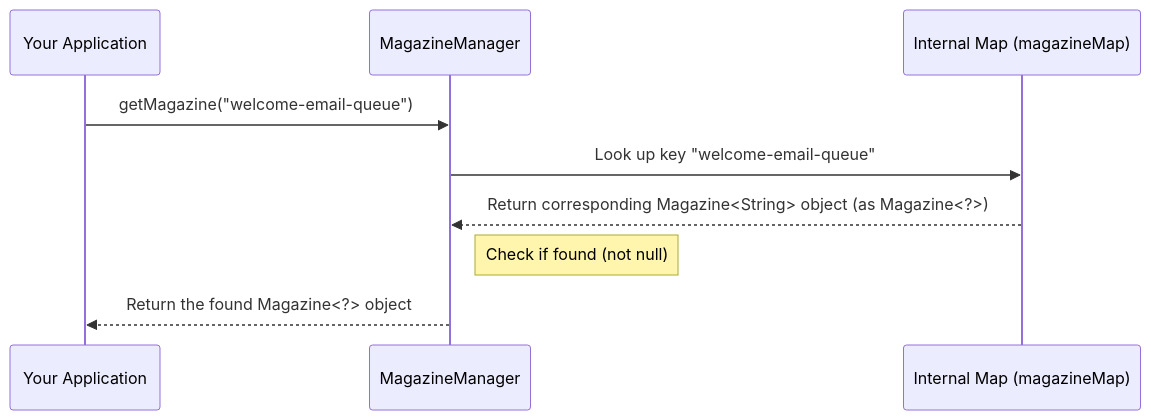
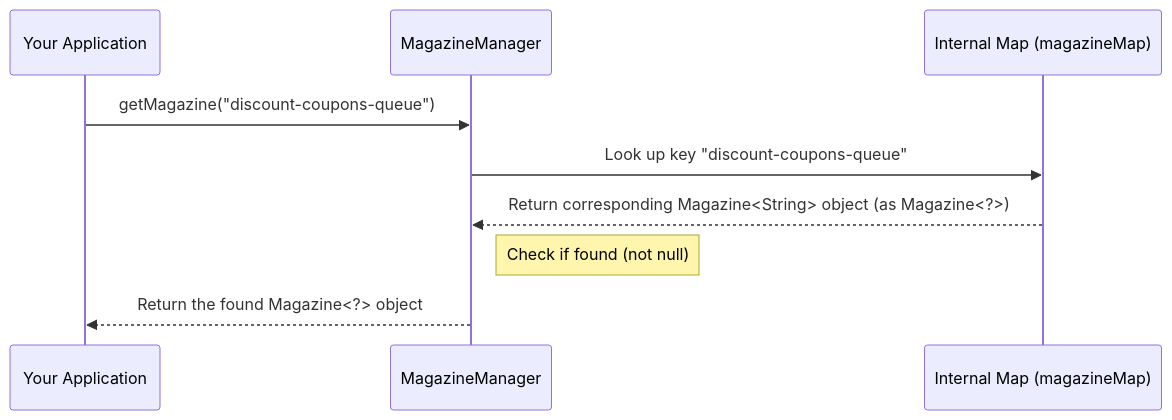
One commit to PhonePe/Magazine changed the diagram in tutorials/magazinemanager.md. Above: the diagram before and after it, drawn with Mermaid. The commit also changed other lines of this file and 6 other files, not shown here.

````diff
--- a/tutorials/magazinemanager.md
+++ b/tutorials/magazinemanager.md
@@ -163,12 +160,12 @@
 ```mermaid
 sequenceDiagram
     participant App as Your Application
     participant Mgr as MagazineManager
     participant IntMap as Internal Map (magazineMap)
 
-    App->>Mgr: getMagazine("welcome-email-queue")
-    Mgr->>IntMap: Look up key "welcome-email-queue"
+    App->>Mgr: getMagazine("discount-coupons-queue")
+    Mgr->>IntMap: Look up key "discount-coupons-queue"
     IntMap-->>Mgr: Return corresponding Magazine<String> object (as Magazine<?>)
     Note right of Mgr: Check if found (not null)
     Mgr-->>App: Return the found Magazine<?> object 
 ```
````
